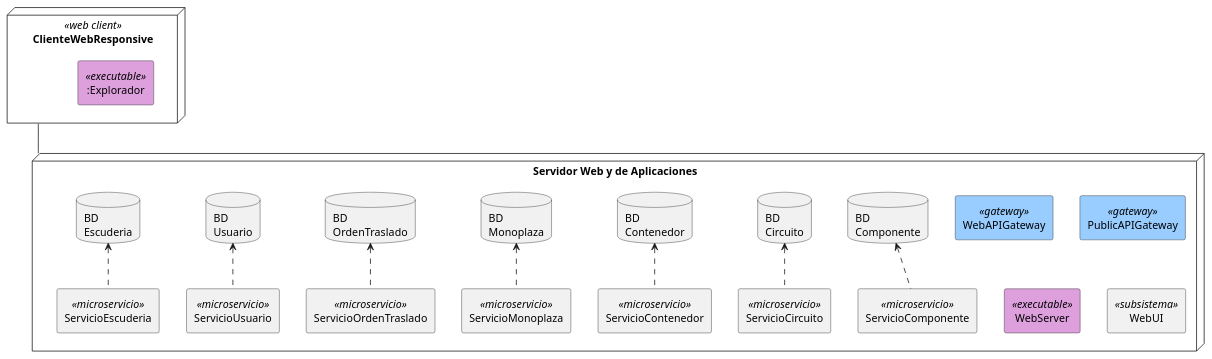
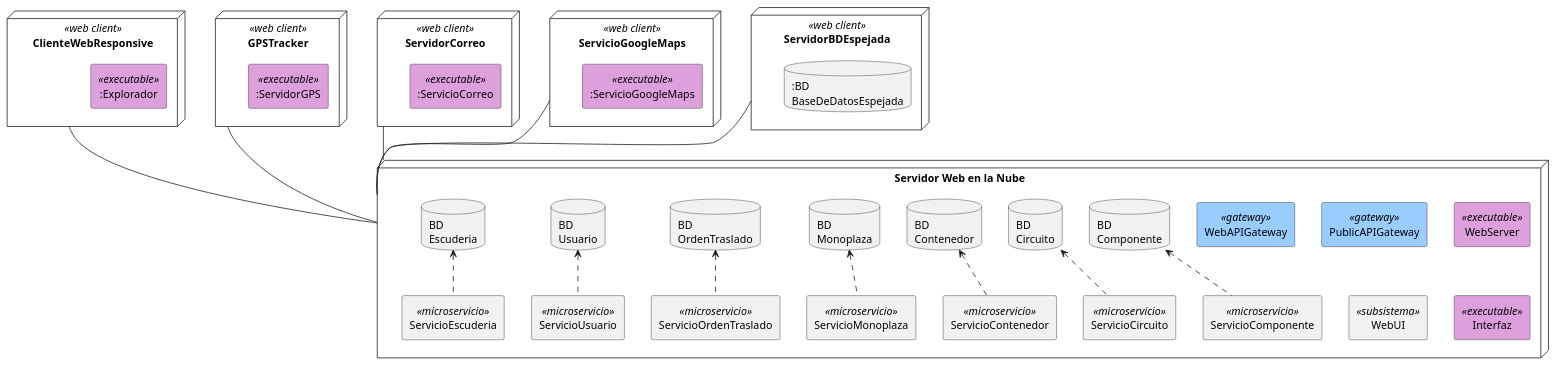
One commit to CeciliaRava1/disenio_2026 changed the diagram in 05_preparcial_f1/vistaDespliegue_Software.plantuml. Above: the diagram before and after it, drawn with PlantUML. The commit also changed other lines of this file and 5 other files, not shown here.

```diff
--- a/05_preparcial_f1/vistaDespliegue_Software.plantuml
+++ b/05_preparcial_f1/vistaDespliegue_Software.plantuml
@@ -1,50 +1,70 @@
 @startuml VistaDespliegue_Software
 skinparam componentStyle rectangle
 
 skinparam component {
       BackgroundColor<<gateway>> #99CCFF
       BackgroundColor<<executable>> #dda0dd
 }
 
 node "ClienteWebResponsive" <<web client>> as ClienteWebResponsive {
   component ":Explorador" <<executable>>
 }
 
-node "Servidor Web y de Aplicaciones" as SRV {
+node "GPSTracker" <<web client>> as GPSTracker {
+  component ":ServidorGPS" <<executable>>
+}
+
+node "ServidorCorreo" <<web client>> as ServicioCorreo {
+  component ":ServicioCorreo" <<executable>>
+}
+
+node "ServicioGoogleMaps" <<web client>> as ServicioGoogleMaps {
+  component ":ServicioGoogleMaps" <<executable>>
+}
+
+node "ServidorBDEspejada" <<web client>> as ServidorBDEspejada {
+  database ":BD\nBaseDeDatosEspejada" as ServidorBDEspejada_DB
+}
+
+node "Servidor Web en la Nube" as SRV {
   component "WebAPIGateway" <<gateway>> as WAG
   component "PublicAPIGateway" <<gateway>> as PAG
   component "WebServer" <<executable>> as WebServer
   component "WebUI" <<subsistema>> as WebUI
-  
+  component "Interfaz" <<executable>> as Interfaz
+
   database "BD\nEscuderia" as BDEscuderia
   component "ServicioEscuderia" <<microservicio>> as ServicioEscuderia
 
   database "BD\nUsuario" as BDUsuario
   component "ServicioUsuario" <<microservicio>> as ServicioUsuario 
 
   database "BD\nOrdenTraslado" as BDOrdenTraslado 
   component "ServicioOrdenTraslado" <<microservicio>> as ServicioOrdenTraslado
   
   database "BD\nMonoplaza" as BDMonoplaza
   component "ServicioMonoplaza" <<microservicio>> as ServicioMonoplaza
   
   database "BD\nContenedor" as BDContenedor
   component "ServicioContenedor" <<microservicio>> as ServicioContenedor
 
   database "BD\nCircuito" as BDCircuito
   component "ServicioCircuito" <<microservicio>> as ServicioCircuito
 
   database "BD\nComponente" as BDComponente
   component "ServicioComponente" <<microservicio>> as ServicioComponente
 
   ServicioEscuderia .u.> BDEscuderia
   ServicioUsuario .u.> BDUsuario
   ServicioOrdenTraslado .u.> BDOrdenTraslado  
   ServicioMonoplaza .u.> BDMonoplaza
   ServicioContenedor .u.> BDContenedor
   ServicioCircuito .u.> BDCircuito
   ServicioComponente .u.> BDComponente
 }
 ClienteWebResponsive      -- SRV
-
+GPSTracker                -- SRV
+ServicioCorreo            -- SRV
+ServicioGoogleMaps        -- SRV
+ServidorBDEspejada        -- SRV
 @enduml
```
